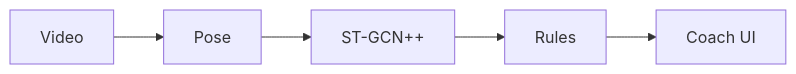
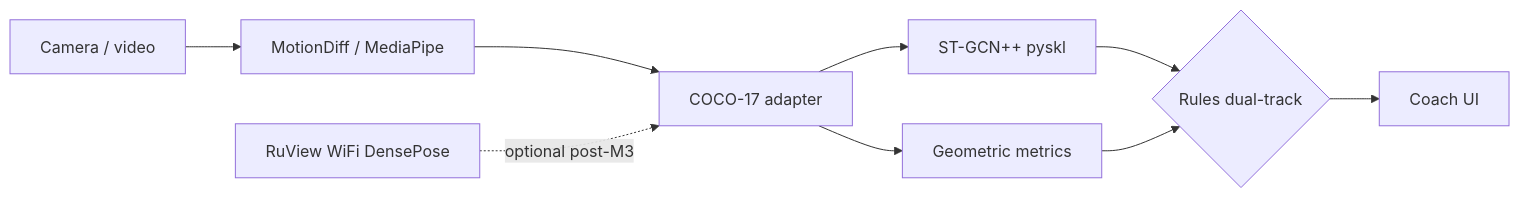
The diagram in docs/architecture.md (ReallyWong/ai-football-coach), drawn with Mermaid before and after one commit. The commit also changed other lines of this file and 17 other files, not shown here.

First line of the commit message:
feat(m0): lock pose/labels/rules contracts and fork wiring

````diff
--- a/docs/architecture.md
+++ b/docs/architecture.md
@@ -5,7 +11,12 @@
 ```mermaid
 flowchart LR
-  V[Video] --> P[Pose]
-  P --> S[ST-GCN++]
-  S --> R[Rules]
+  V[Camera / video] --> MD[MotionDiff / MediaPipe]
+  MD --> A[COCO-17 adapter]
+  A --> S[ST-GCN++ pyskl]
+  A --> G[Geometric metrics]
+  S --> R{Rules dual-track}
+  G --> R
   R --> U[Coach UI]
+  RV-. optional post-M3 .-> A
+  RV[RuView WiFi DensePose]
 ```
````
